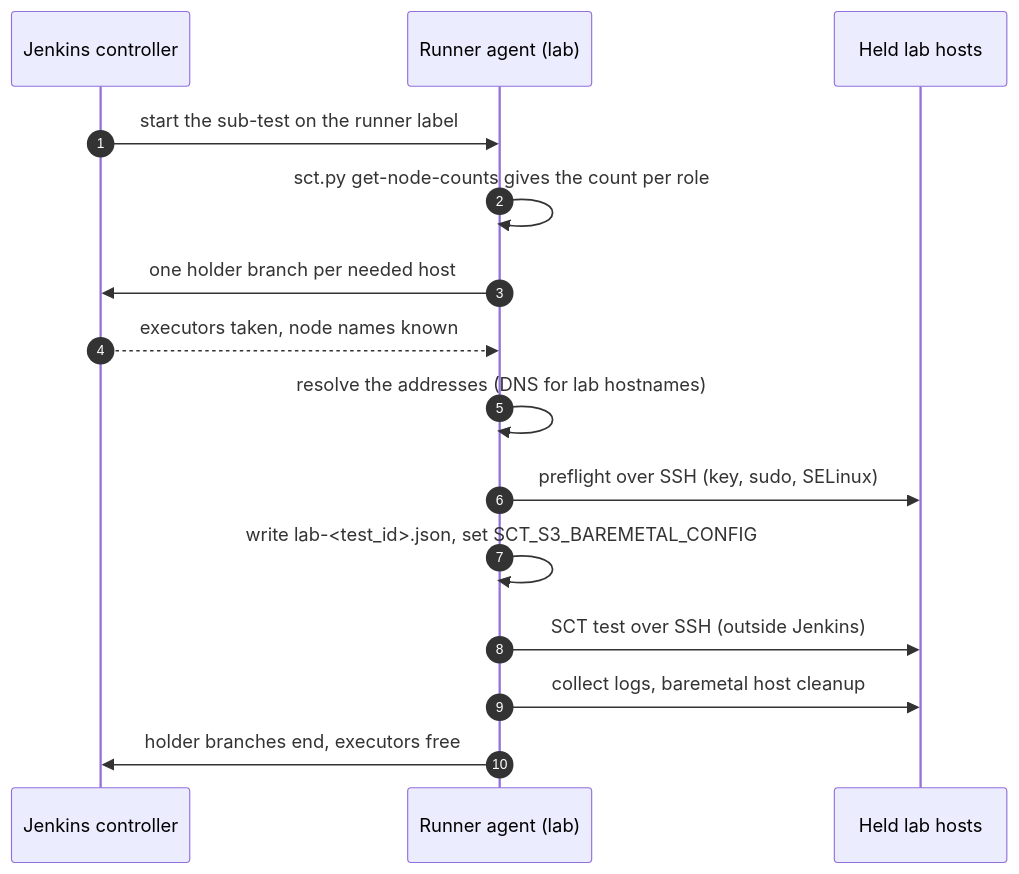
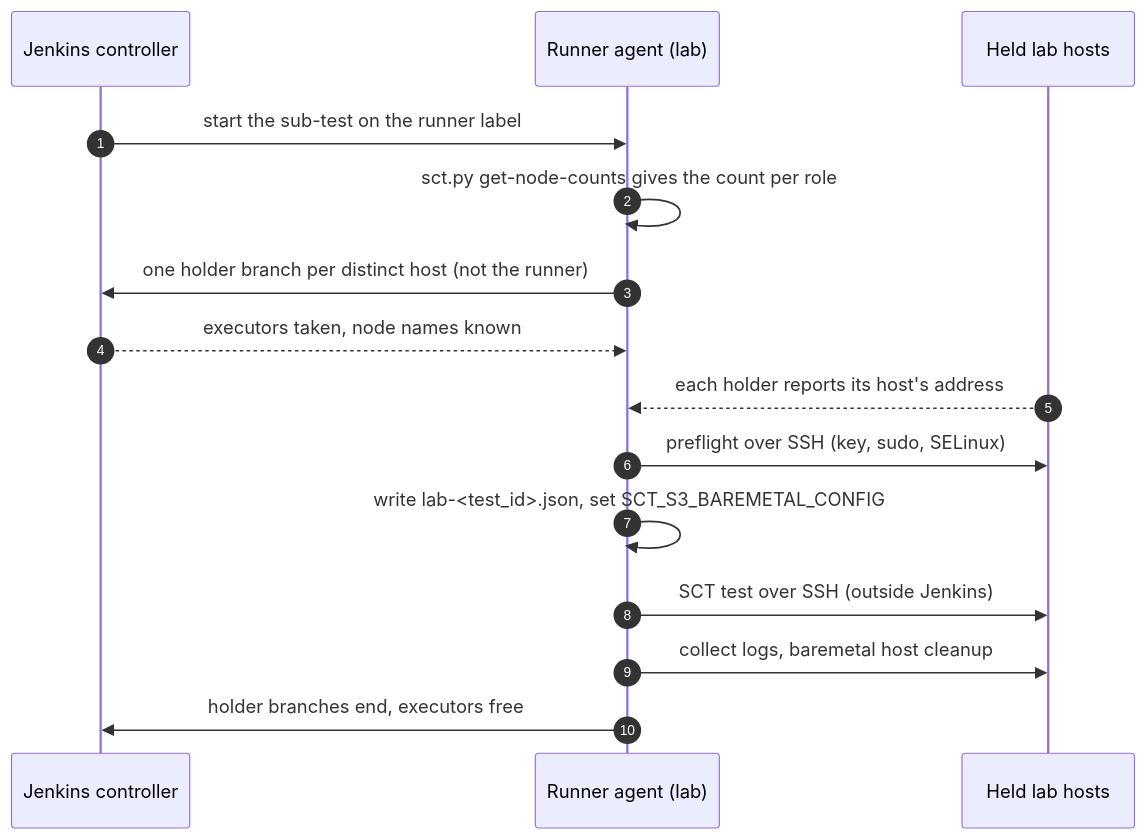
The first of 2 diagrams in docs/plans/jenkins/lab-builders-baremetal/spec.md (scylladb/scylla-cluster-tests), drawn with Mermaid before and after one commit. The commit also changed other lines of this file, not shown here.

First line of the commit message:
docs(plans): lab-builders-baremetal hosts with several roles, holder-reported addresses

````diff
--- a/docs/plans/jenkins/lab-builders-baremetal/spec.md
+++ b/docs/plans/jenkins/lab-builders-baremetal/spec.md
@@ -31,17 +34,17 @@
 ```mermaid
 sequenceDiagram
     autonumber
     participant J as Jenkins controller
     participant R as Runner agent (lab)
     participant H as Held lab hosts
     J->>R: start the sub-test on the runner label
     R->>R: sct.py get-node-counts gives the count per role
-    R->>J: one holder branch per needed host
+    R->>J: one holder branch per distinct host (not the runner)
     J-->>R: executors taken, node names known
-    R->>R: resolve the addresses (DNS for lab hostnames)
+    H-->>R: each holder reports its host's address
     R->>H: preflight over SSH (key, sudo, SELinux)
     R->>R: write lab-<test_id>.json, set SCT_S3_BAREMETAL_CONFIG
     R->>H: SCT test over SSH (outside Jenkins)
     R->>H: collect logs, baremetal host cleanup
     R->>J: holder branches end, executors free
 ```
````
